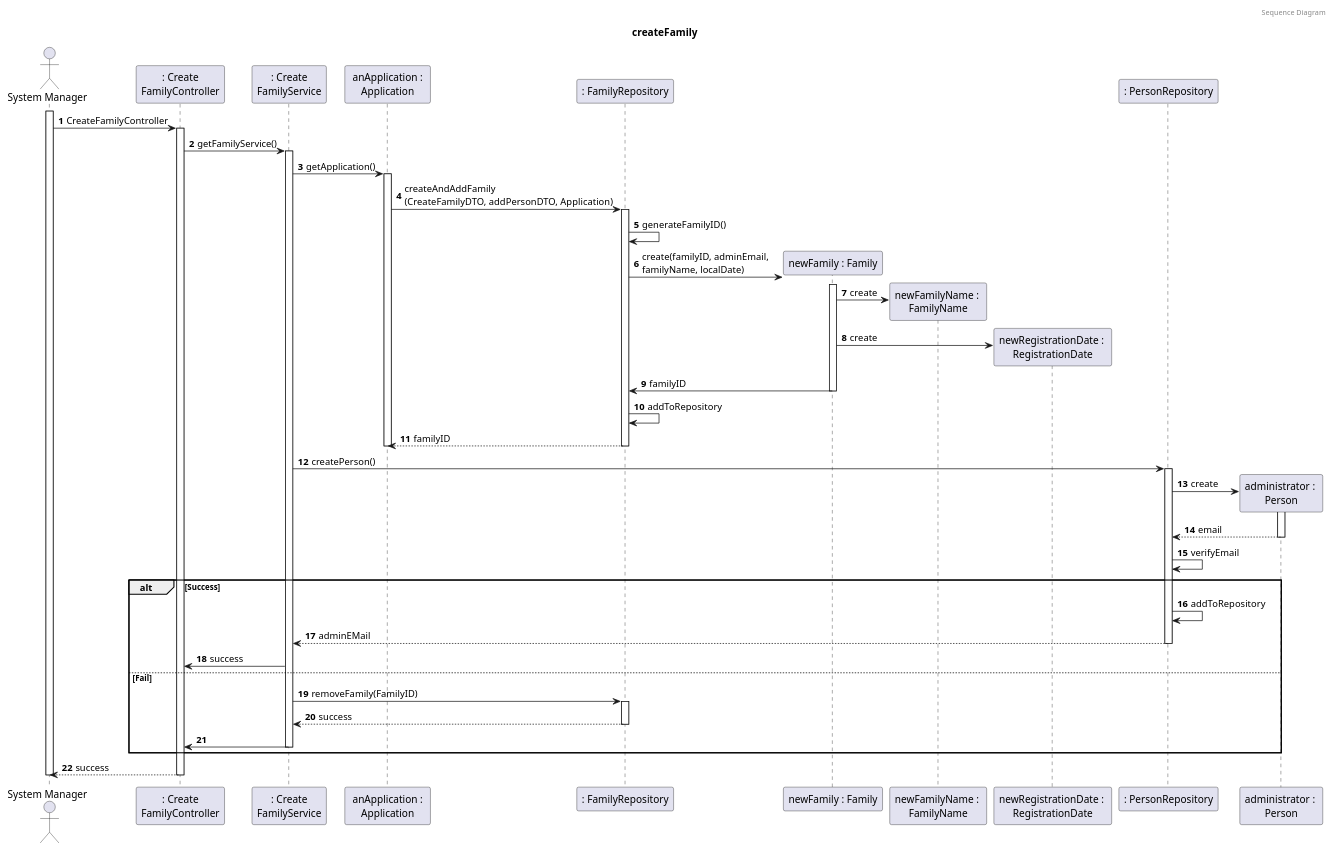
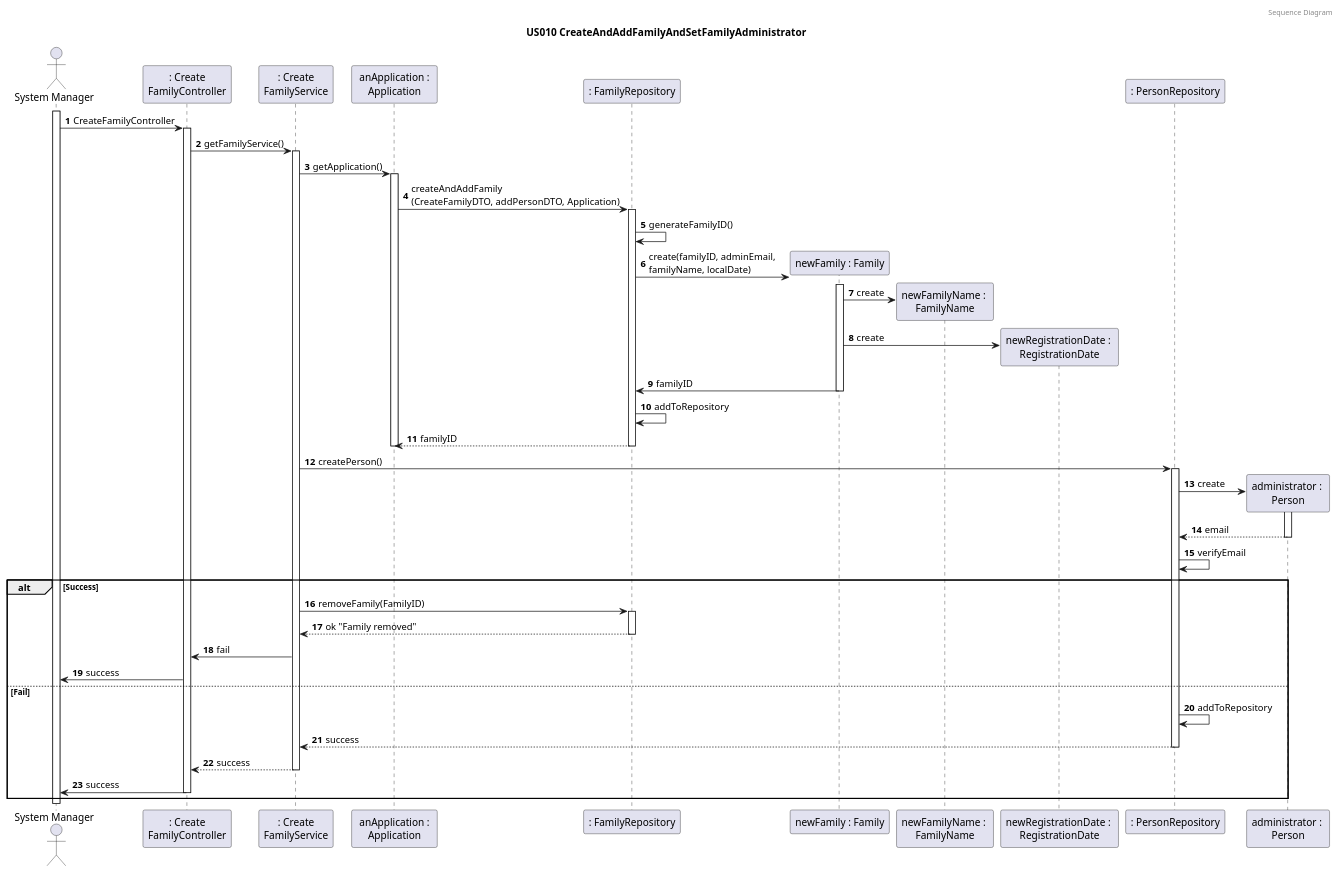
The third of 4 diagrams in docs/sprint3/user_stories/US010_CreateAFamilyAndSetAdministrator.md (tomas-osswald/switch_2020_g3), drawn with PlantUML before and after one commit.

Commit message:
sequence diagram update with small changes

`````diff
--- a/docs/sprint3/user_stories/US010_CreateAFamilyAndSetAdministrator.md
+++ b/docs/sprint3/user_stories/US010_CreateAFamilyAndSetAdministrator.md
@@ -86,57 +86,65 @@
 ````puml
 @startuml
 autonumber
 header Sequence Diagram
-title createFamily
+title US010 CreateAndAddFamilyAndSetFamilyAdministrator
 actor "System Manager" as systemManager
 participant ": Create\nFamilyController" as controller
 participant ": Create\nFamilyService" as FamAdminService
 participant " anApplication : \nApplication" as app
 participant ": FamilyRepository" as frepository
 participant "newFamily : Family" as family
 participant "newFamilyName : \nFamilyName" as familyName
 participant "newRegistrationDate : \nRegistrationDate" as registrationDate
 participant ": PersonRepository" as prepository
 participant "administrator : \nPerson" as admin
 activate systemManager
 systemManager -> controller: CreateFamilyController
 activate controller
 controller -> FamAdminService : getFamilyService()
 activate FamAdminService
 FamAdminService -> app : getApplication()
 activate app
 app -> frepository: createAndAddFamily \n(CreateFamilyDTO, addPersonDTO, Application)
 activate frepository
 frepository -> frepository : generateFamilyID()
 frepository -> family** : create(familyID, adminEmail, \nfamilyName, localDate)
 activate family
 family ->  familyName** : create
 family -> registrationDate** : create
 family -> frepository : familyID
 deactivate family
 frepository -> frepository : addToRepository
 return familyID
 deactivate app
 FamAdminService -> prepository : createPerson()
 activate prepository
 prepository -> admin** : create
 activate admin
 return email
 prepository -> prepository : verifyEmail
 alt Success
+FamAdminService -> frepository : removeFamily(FamilyID)
+activate frepository
+return ok "Family removed"
+FamAdminService -> controller : fail
+
+controller -> systemManager : success
+
+else Fail
 
 prepository -> prepository : addToRepository
-return adminEMail
-FamAdminService -> controller : success
-else Fail
+prepository --> FamAdminService : success
+deactivate prepository
 
-FamAdminService -> frepository : removeFamily(FamilyID)
-activate frepository
-return success
-FamAdminService -> controller 
+
+FamAdminService --> controller : success
 deactivate FamAdminService
+controller -> systemManager : success
+deactivate controller
 end
-return success
+
 deactivate systemManager
+
 @enduml
 ````
`````
